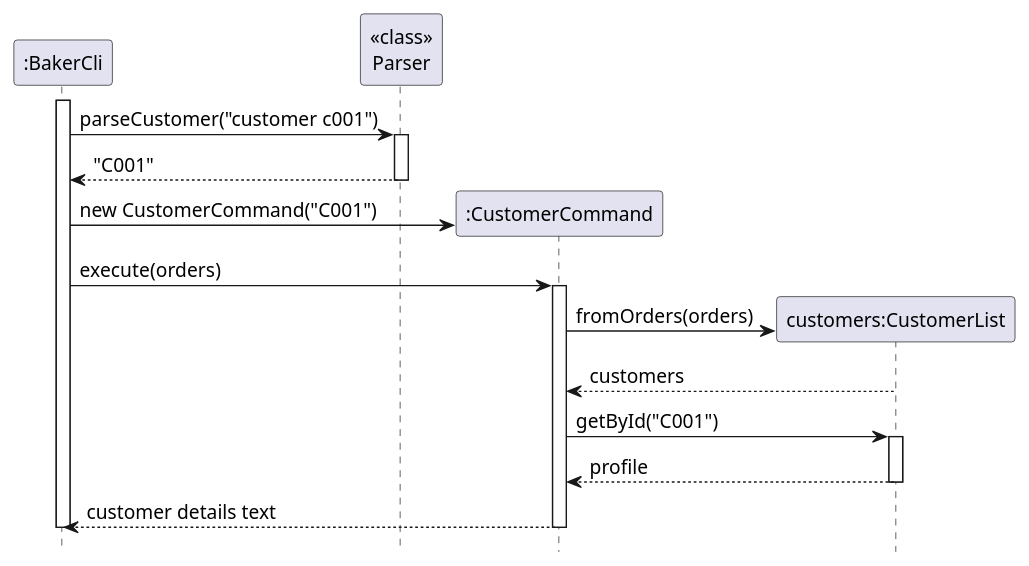
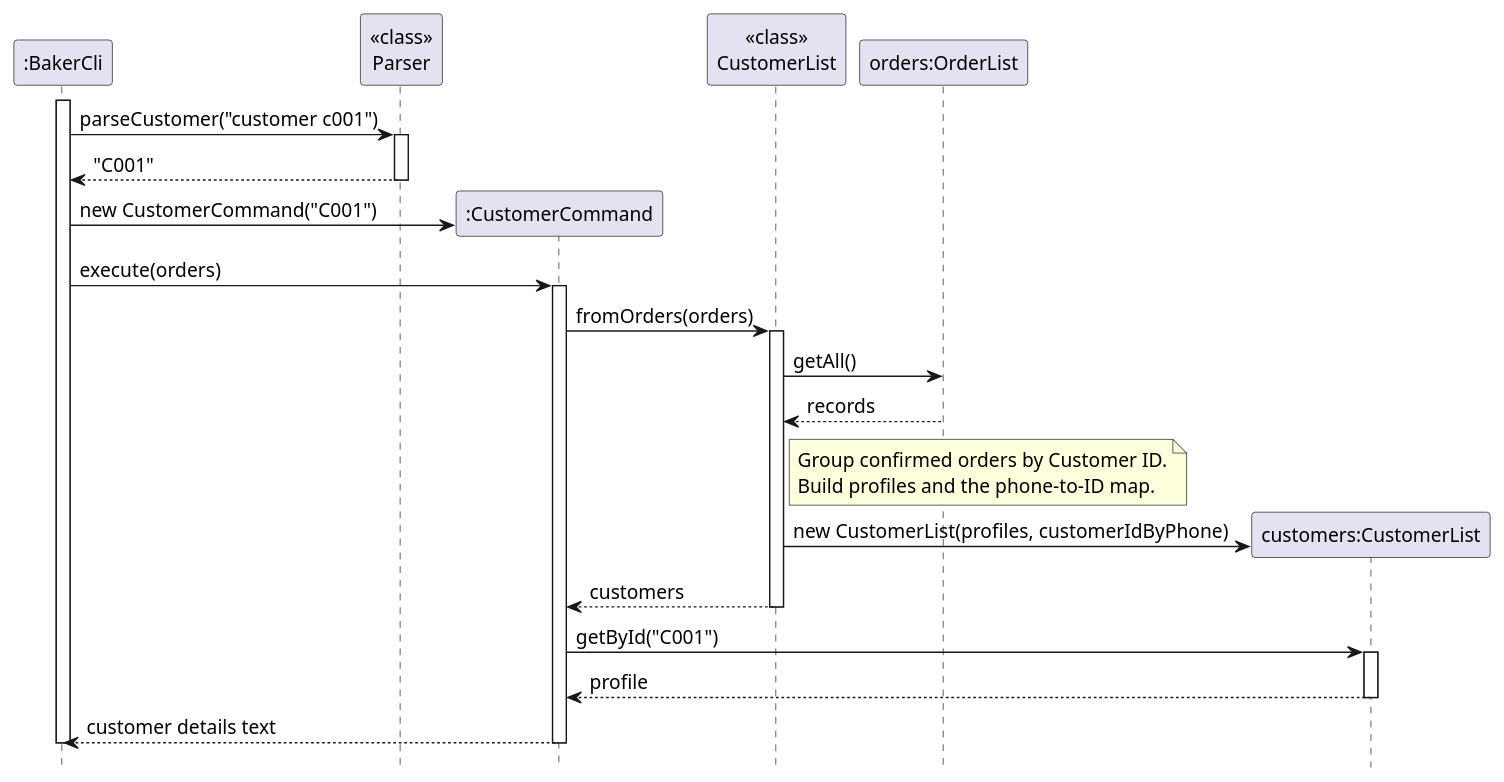
The diagram in docs/diagrams/CustomerSequenceDiagram.puml (AY2627S1-CS2113-W12-1/tp), drawn with PlantUML before and after one commit. The commit also changed 31 other files, not shown here.

```diff
--- a/docs/diagrams/CustomerSequenceDiagram.puml
+++ b/docs/diagrams/CustomerSequenceDiagram.puml
@@ -1,30 +1,41 @@
 @startuml CustomerSequenceDiagram
 skinparam shadowing false
 skinparam defaultFontSize 14
 hide footbox
 
 participant ":BakerCli" as Cli
 participant "<<class>>\nParser" as Parser
 participant ":CustomerCommand" as Cmd
+participant "<<class>>\nCustomerList" as Factory
+participant "orders:OrderList" as Orders
 participant "customers:CustomerList" as Customers
 
 activate Cli
 Cli -> Parser : parseCustomer("customer c001")
 activate Parser
 Parser --> Cli : "C001"
 deactivate Parser
 create Cmd
 Cli -> Cmd : new CustomerCommand("C001")
 Cli -> Cmd : execute(orders)
 activate Cmd
+Cmd -> Factory : fromOrders(orders)
+activate Factory
+Factory -> Orders : getAll()
+Orders --> Factory : records
+note right of Factory
+  Group confirmed orders by Customer ID.
+  Build profiles and the phone-to-ID map.
+end note
 create Customers
-Cmd -> Customers : fromOrders(orders)
-Customers --> Cmd : customers
+Factory -> Customers : new CustomerList(profiles, customerIdByPhone)
+Factory --> Cmd : customers
+deactivate Factory
 Cmd -> Customers : getById("C001")
 activate Customers
 Customers --> Cmd : profile
 deactivate Customers
 Cmd --> Cli : customer details text
 deactivate Cmd
 deactivate Cli
 @enduml
```
